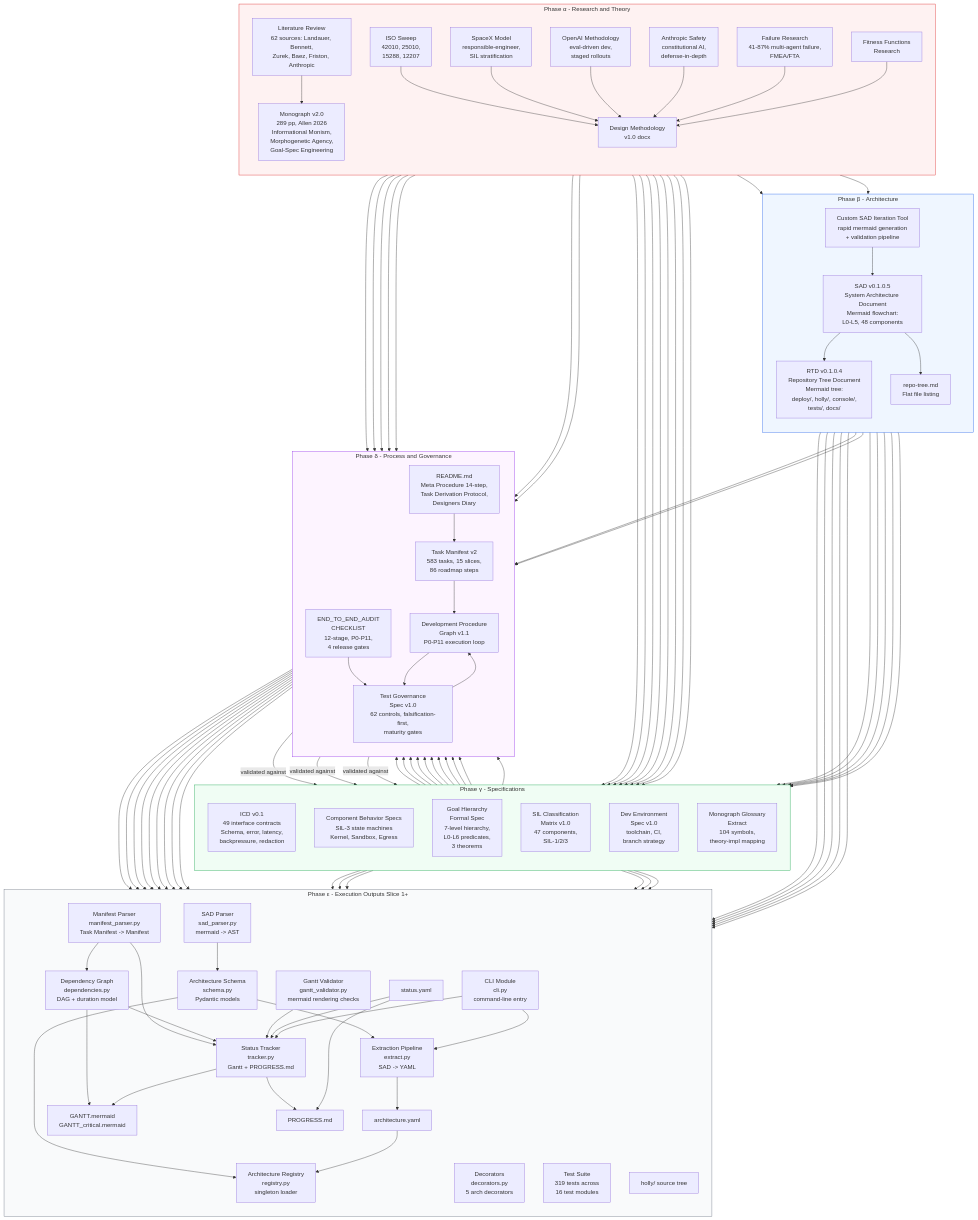
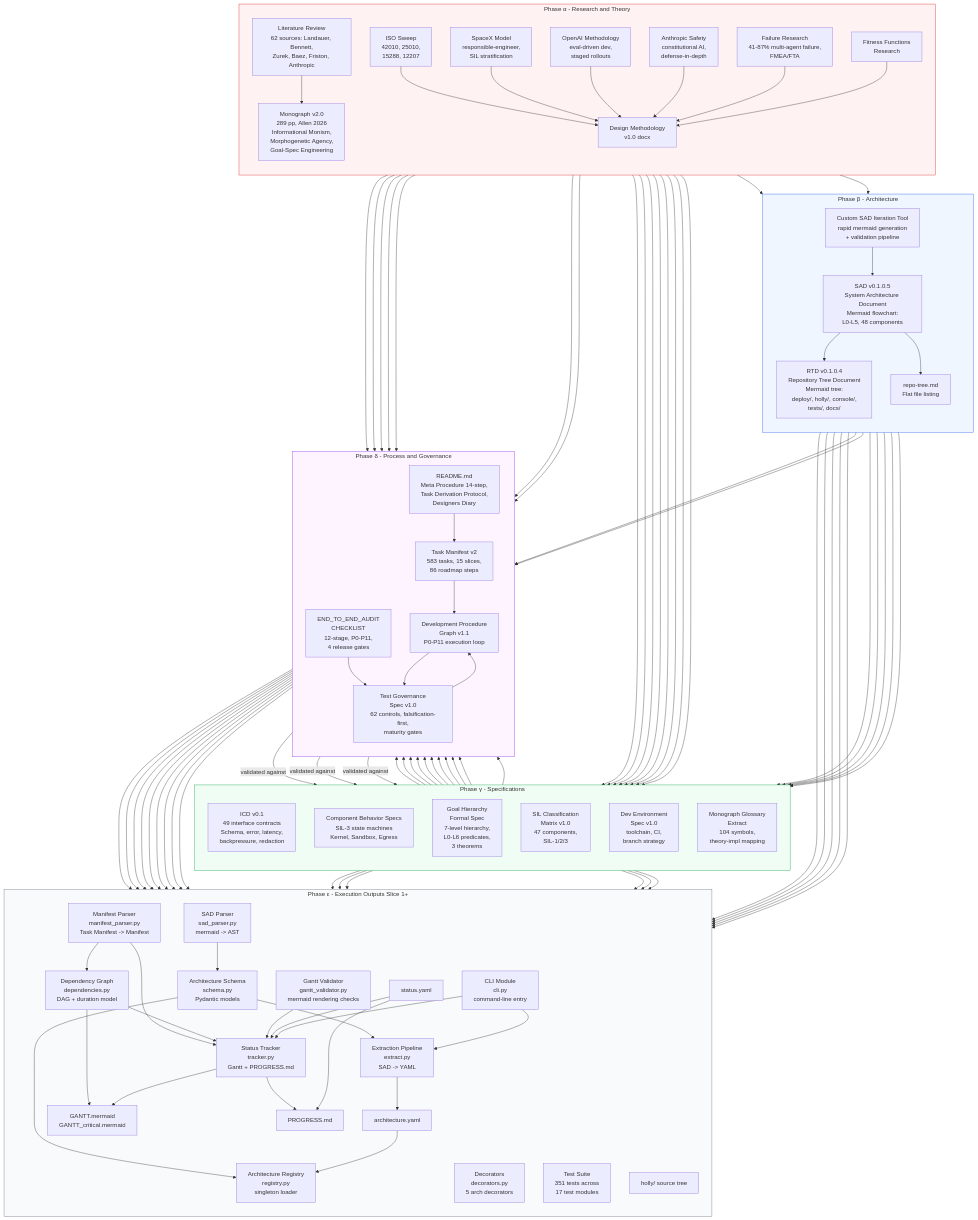
Before and after one commit to 1seansean1/holly-grace: the diagram in docs/architecture/Artifact_Genealogy.md, drawn with Mermaid. The commit also changed other lines of this file and 9 other files, not shown here.

First line of the commit message:
Task 5.8: ICD Schema Registry with Pydantic model resolution and TTL cache

```diff
--- a/docs/architecture/Artifact_Genealogy.md
+++ b/docs/architecture/Artifact_Genealogy.md
@@ -97,7 +97,7 @@
         GANTT["GANTT.mermaid\nGANTT_critical.mermaid"]
         PROG["PROGRESS.md"]
         STATYS["status.yaml"]
-        TESTS["Test Suite\n319 tests across\n16 test modules"]
+        TESTS["Test Suite\n351 tests across\n17 test modules"]
         CODE["holly/ source tree"]
     end
 
```
